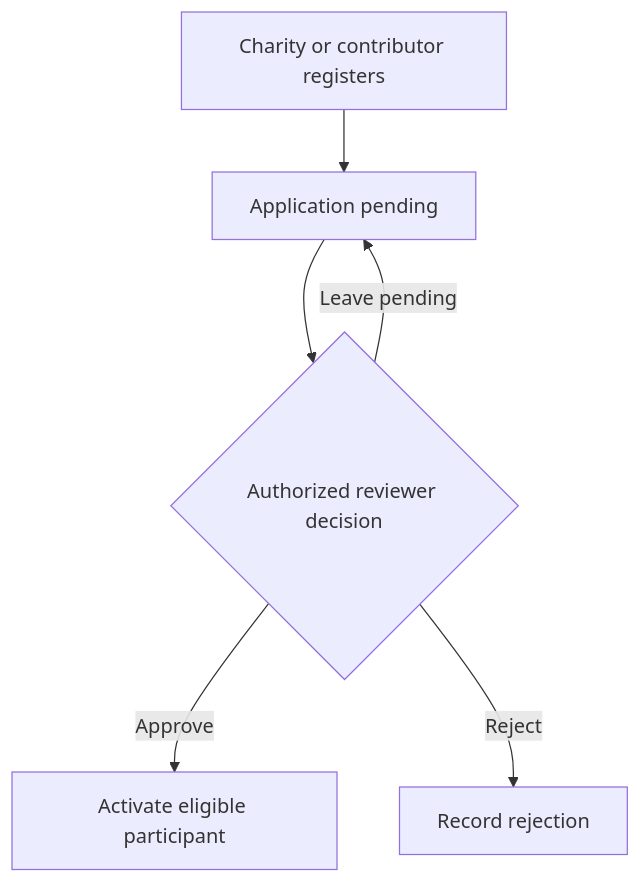
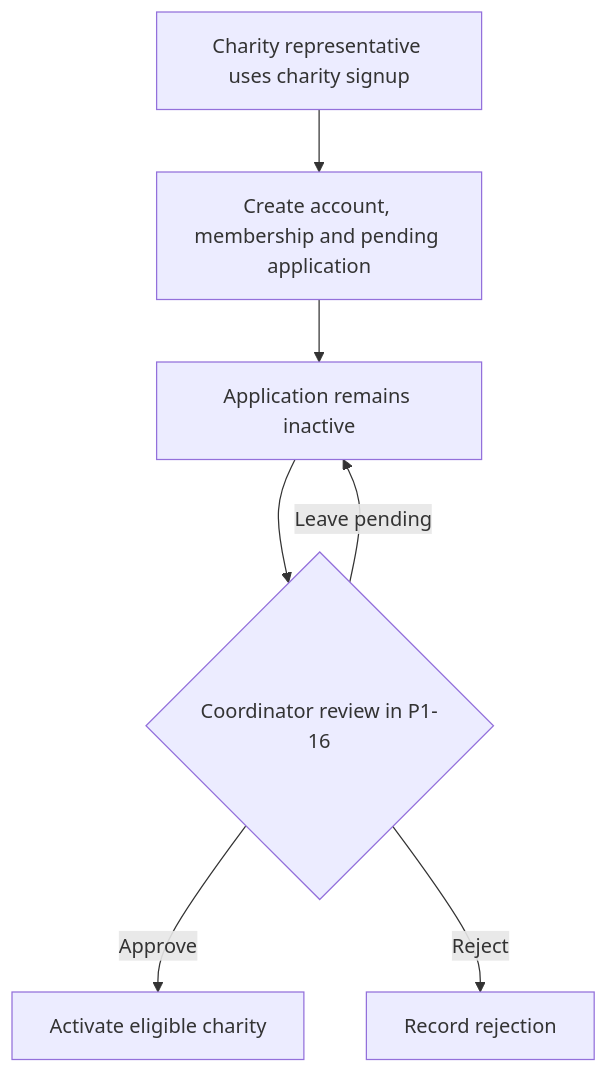
Before and after one commit to Bola-j/Helping-Hands: the third of 9 diagrams in docs/models.md, drawn with Mermaid. The commit also changed other lines of this file and 12 other files, not shown here.

Commit message:
docs: align P1-09 signup contract and roadmap

````diff
--- a/docs/models.md
+++ b/docs/models.md
@@ -40,8 +44,9 @@
 ```mermaid
 flowchart TD
- A[Charity or contributor registers] --> B[Application pending]
- B --> C{Authorized reviewer decision}
- C -->|Approve| D[Activate eligible participant]
- C -->|Reject| E[Record rejection]
- C -->|Leave pending| B
+ A[Charity representative uses charity signup] --> B[Create account, membership and pending application]
+ B --> C[Application remains inactive]
+ C --> D{Coordinator review in P1-16}
+ D -->|Approve| E[Activate eligible charity]
+ D -->|Reject| F[Record rejection]
+ D -->|Leave pending| C
 ```
````
